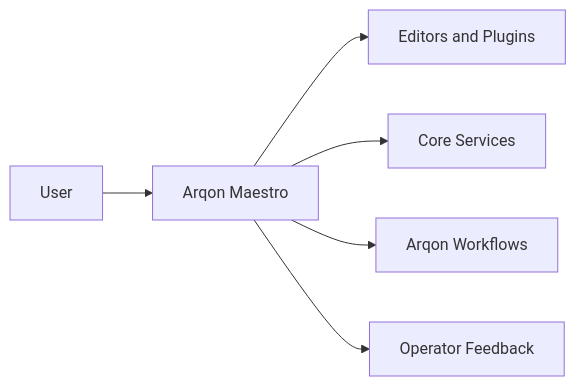
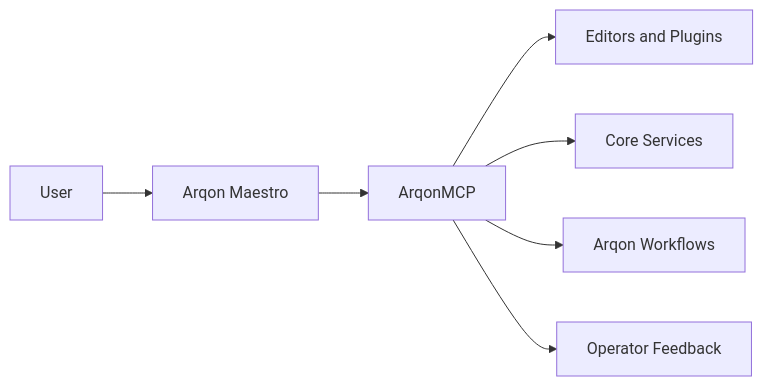
Before and after one commit to novelbytelabs/ArqonMaestro: the first of 2 diagrams in docs/overview/ecosystem.md, drawn with Mermaid. The commit also changed other lines of this file and 5 other files, not shown here.

````diff
--- a/docs/overview/ecosystem.md
+++ b/docs/overview/ecosystem.md
@@ -17,8 +18,9 @@
 ```mermaid
 flowchart LR
   U[User] --> M[Arqon Maestro]
-  M --> E[Editors and Plugins]
-  M --> C[Core Services]
-  M --> W[Arqon Workflows]
-  M --> O[Operator Feedback]
+  M --> MCP[ArqonMCP]
+  MCP --> E[Editors and Plugins]
+  MCP --> C[Core Services]
+  MCP --> W[Arqon Workflows]
+  MCP --> O[Operator Feedback]
 ```
````
